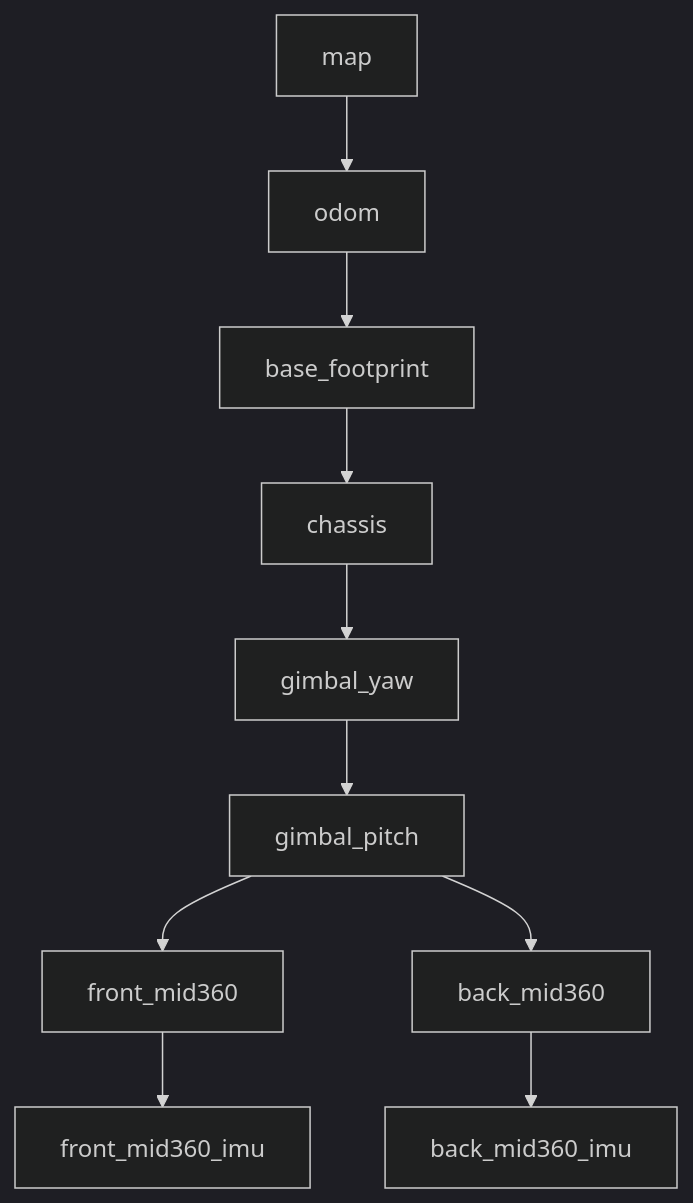
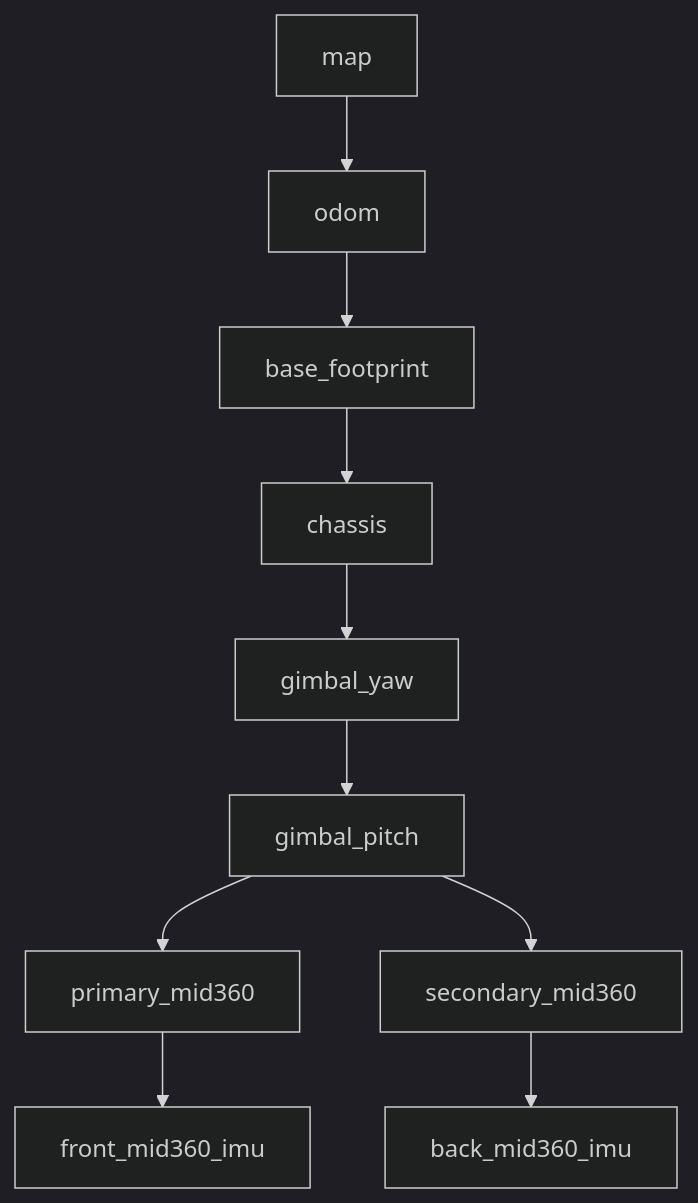
One commit to Boombroke/Sentry26 changed the second of 2 diagrams in src/sentry_nav/sentry_dual_mid360/docs/ARCHITECTURE.md. Above: the diagram before and after it, drawn with Mermaid (dark theme). The commit also changed other lines of this file and 47 other files, not shown here.

First line of the commit message:
refactor(dual_mid360): front/back → primary/secondary 全链重命名

````diff
--- a/src/sentry_nav/sentry_dual_mid360/docs/ARCHITECTURE.md
+++ b/src/sentry_nav/sentry_dual_mid360/docs/ARCHITECTURE.md
@@ -227,12 +227,12 @@
 ```mermaid
 graph TB
     map --> odom
     odom --> base_footprint
     base_footprint --> chassis
     chassis --> gimbal_yaw
     gimbal_yaw --> gimbal_pitch
-    gimbal_pitch --> front_mid360
-    gimbal_pitch --> back_mid360
-    front_mid360 --> front_mid360_imu
-    back_mid360 --> back_mid360_imu
+    gimbal_pitch --> primary_mid360
+    gimbal_pitch --> secondary_mid360
+    primary_mid360 --> front_mid360_imu
+    secondary_mid360 --> back_mid360_imu
 ```
````
